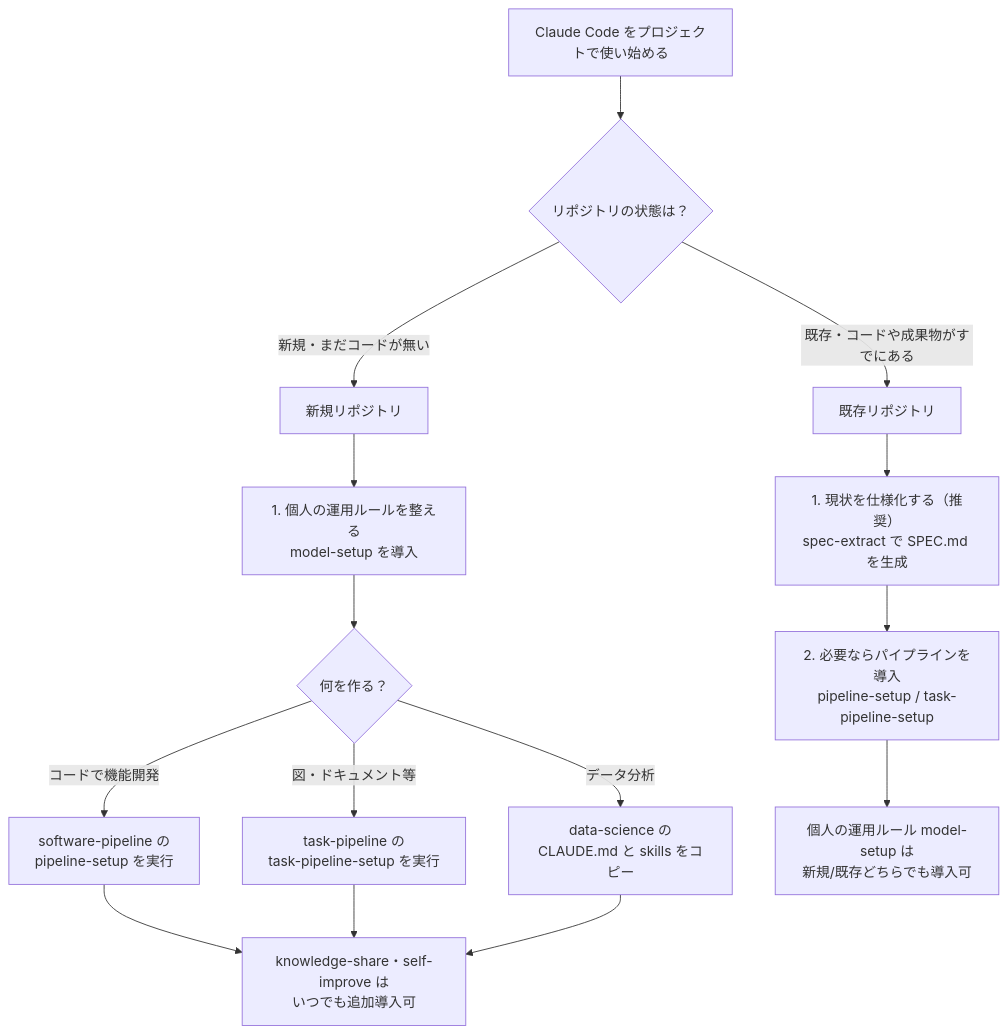
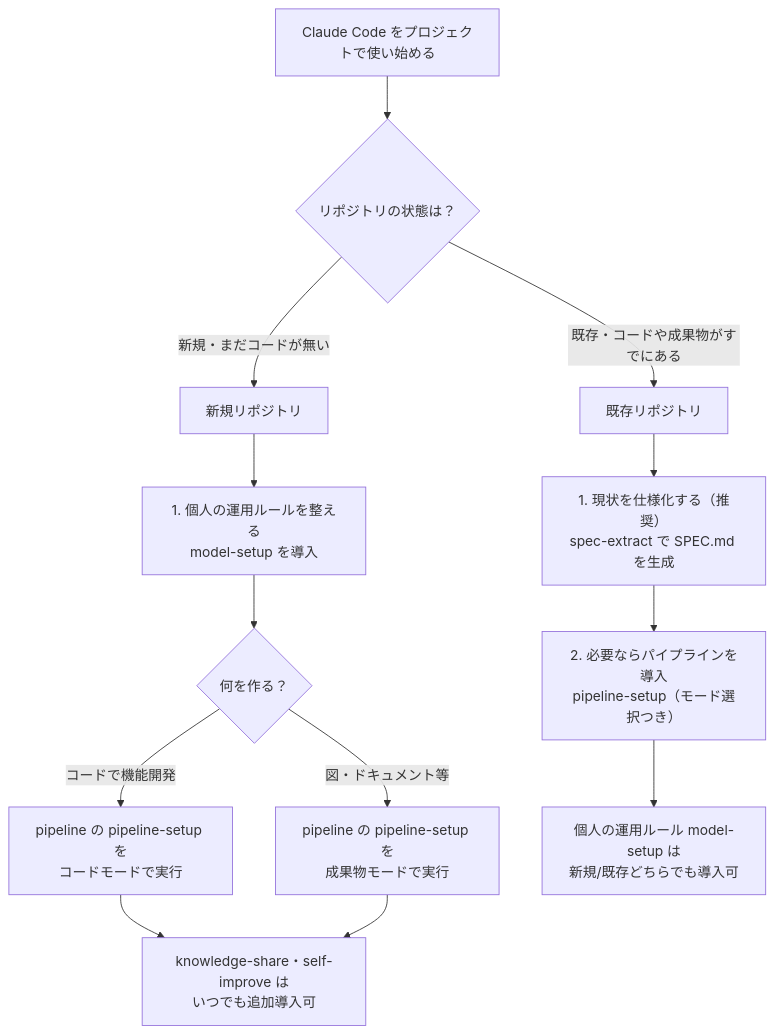
The first of 2 diagrams in README.md (mrkxlia/claude-code-workbench-ja), drawn with Mermaid before and after one commit. The commit also changed other lines of this file and 136 other files, not shown here.

First line of the commit message:
OSS差別化レビュー: 3セクション削除 + software/task-pipeline を pipeline プラグインに統合 (#55)

````diff
--- a/README.md
+++ b/README.md
@@ -9,19 +9,17 @@
 ```mermaid
 flowchart TD
     Start["Claude Code をプロジェクトで使い始める"] --> Q{"リポジトリの状態は？"}
     Q -->|"新規・まだコードが無い"| New["新規リポジトリ"]
     Q -->|"既存・コードや成果物がすでにある"| Existing["既存リポジトリ"]
 
     New --> N1["1. 個人の運用ルールを整える<br/>model-setup を導入"]
     N1 --> N2{"何を作る？"}
-    N2 -->|"コードで機能開発"| N3["software-pipeline の<br/>pipeline-setup を実行"]
-    N2 -->|"図・ドキュメント等"| N4["task-pipeline の<br/>task-pipeline-setup を実行"]
-    N2 -->|"データ分析"| N5["data-science の<br/>CLAUDE.md と skills をコピー"]
+    N2 -->|"コードで機能開発"| N3["pipeline の pipeline-setup を<br/>コードモードで実行"]
+    N2 -->|"図・ドキュメント等"| N4["pipeline の pipeline-setup を<br/>成果物モードで実行"]
     N3 --> N6["knowledge-share・self-improve は<br/>いつでも追加導入可"]
     N4 --> N6
-    N5 --> N6
 
     Existing --> E1["1. 現状を仕様化する（推奨）<br/>spec-extract で SPEC.md を生成"]
-    E1 --> E2["2. 必要ならパイプラインを導入<br/>pipeline-setup / task-pipeline-setup"]
+    E1 --> E2["2. 必要ならパイプラインを導入<br/>pipeline-setup（モード選択つき）"]
     E2 --> E3["個人の運用ルール model-setup は<br/>新規/既存どちらでも導入可"]
 ```
````
